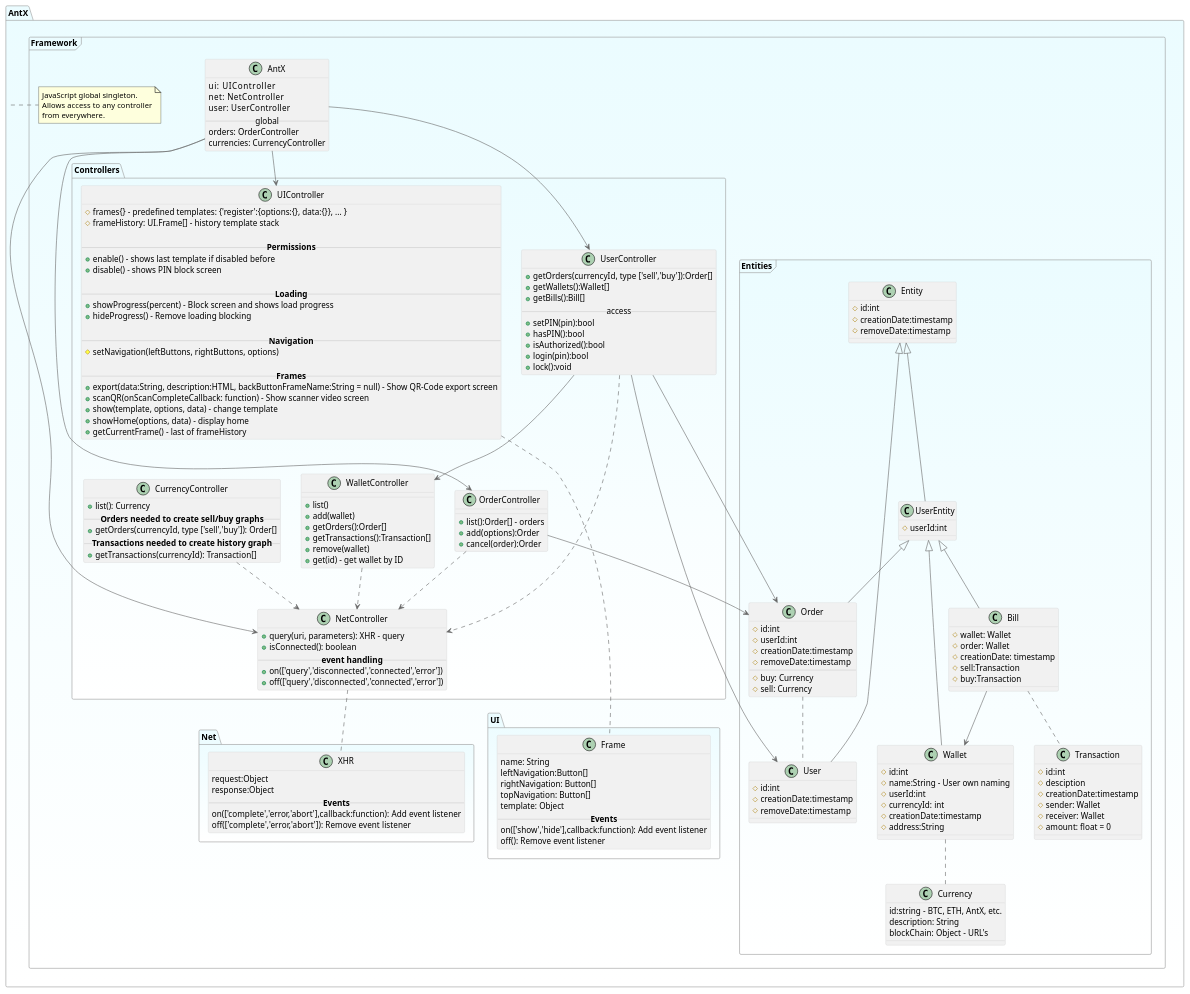
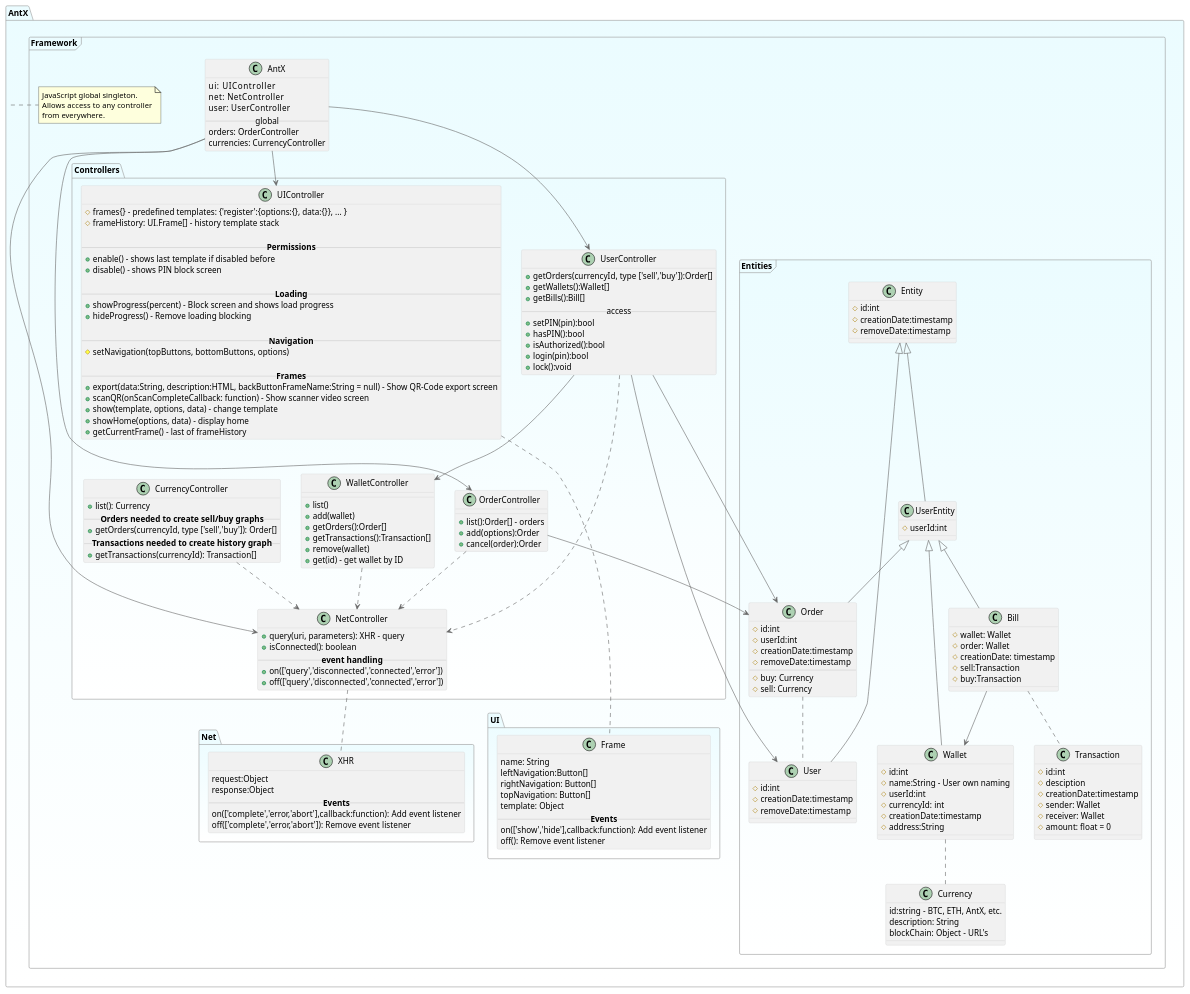
The diagram in docs/front-end.puml (eSlider/antx-frontend), drawn with PlantUML before and after one commit. The commit also changed 2 other files, not shown here.

```diff
--- a/docs/front-end.puml
+++ b/docs/front-end.puml
@@ -49,7 +49,7 @@
     + hideProgress() - Remove loading blocking
     
     -- <b>Navigation</b> --
-    # setNavigation(leftButtons, rightButtons, options)
+    # setNavigation(topButtons, bottomButtons, options)
     
     -- <b>Frames</b> --
     + export(data:String, description:HTML, backButtonFrameName:String = null) - Show QR-Code export screen
```
